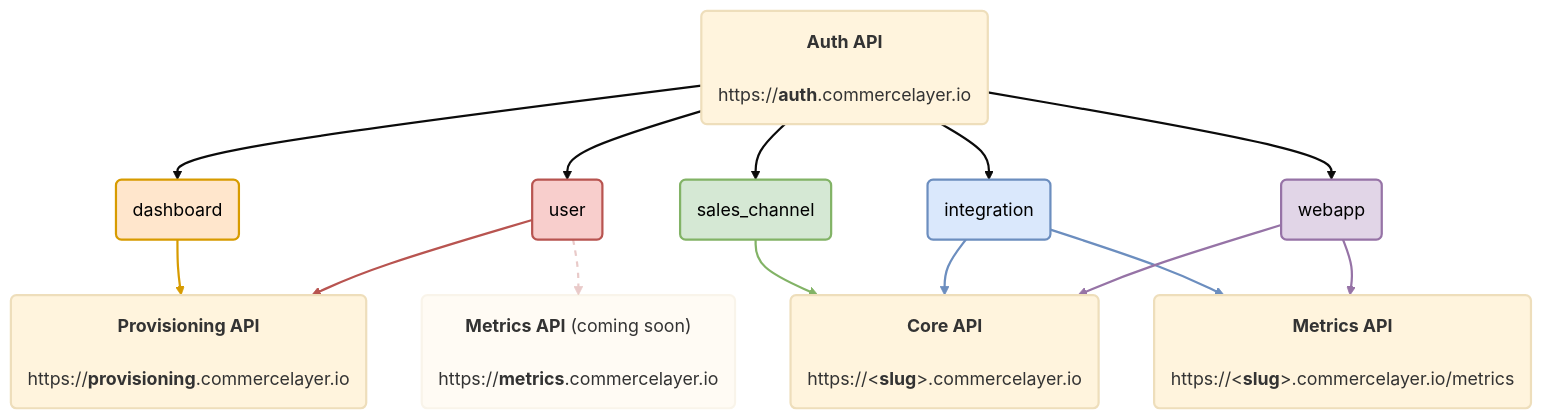
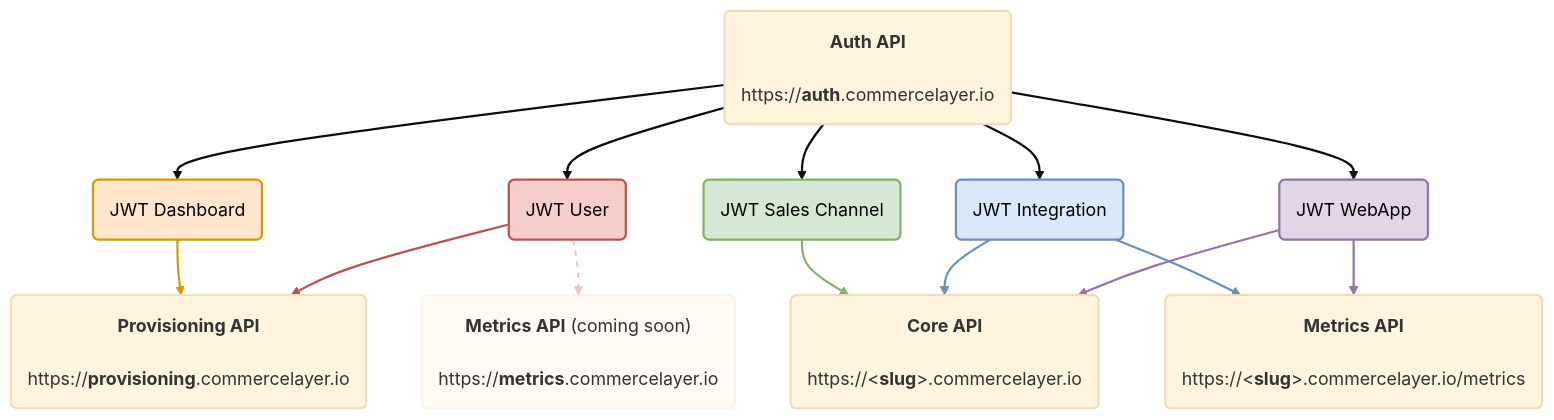
Before and after one commit to commercelayer/commercelayer-js-auth: the first of 2 diagrams in packages/js-auth/README.md, drawn with Mermaid (base theme). The commit also changed other lines of this file and 2 other files, not shown here.

````diff
--- a/packages/js-auth/README.md
+++ b/packages/js-auth/README.md
@@ -80,54 +77,54 @@
 ```mermaid
 flowchart TB
   %% Default style for nodes
   classDef node stroke-width:2px;
 
   %% Main nodes
   auth(<b>Auth API</b><br/><br/>https://<b>auth</b>.commercelayer.io)
 
-  dashboard("dashboard")
-  user("user")
-  sales_channel("sales_channel")
-  integration("integration")
-  webapp("webapp")
+  dashboard("JWT Dashboard")
+  user("JWT User")
+  sales_channel("JWT Sales Channel")
+  integration("JWT Integration")
+  webapp("JWT WebApp")
 
   provisioningAPI(<b>Provisioning API</b><br/><br/>https://<b>provisioning</b>.commercelayer.io)
   coreAPI(<b>Core API</b><br/><br/>https://&lt;<b>slug</b>&gt;.commercelayer.io)
   metricsAPI(<b>Metrics API</b><br/><br/>https://&lt;<b>slug</b>&gt;.commercelayer.io/metrics)
   comingSoon(<b>Metrics API</b> &lpar;coming soon&rpar;<br/><br/>https://<b>metrics</b>.commercelayer.io)
 
   %% Node styles
   style dashboard fill:#FFE6CC,stroke:#D79B00,color:#000
   style user fill:#F8CECC,stroke:#B85450,color:#000
   style sales_channel fill:#D5E8D4,stroke:#82B366,color:#000
   style integration fill:#DAE8FC,stroke:#6C8EBF,color:#000
   style webapp fill:#E1D5E7,stroke:#9673A6,color:#000
   style comingSoon opacity:.3
 
   %% Connections
   auth --> dashboard
   auth --> user
   auth --> sales_channel
   auth --> integration
   auth --> webapp
 
   dashboard --> provisioningAPI
   user --> provisioningAPI
   user --> comingSoon
   sales_channel --> coreAPI
   integration --> coreAPI
   integration --> metricsAPI
   webapp --> coreAPI
   webapp --> metricsAPI
 
   %% Arrow Styles
   linkStyle default stroke-width:2px;
   linkStyle 5 stroke:#D79B00
   linkStyle 6 stroke:#B85450
   linkStyle 7 stroke:#B85450,stroke-dasharray: 5 5,opacity:.3
   linkStyle 8 stroke:#82B366
   linkStyle 9 stroke:#6C8EBF
   linkStyle 10 stroke:#6C8EBF
   linkStyle 11 stroke:#9673A6
   linkStyle 12 stroke:#9673A6
 ```
````
